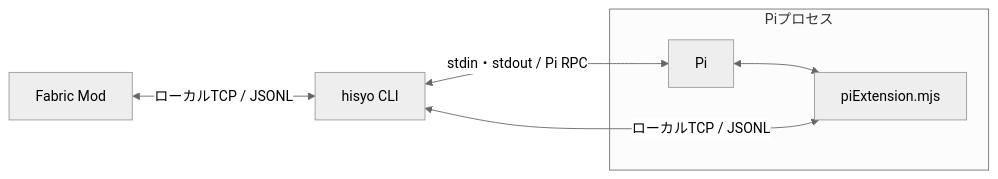
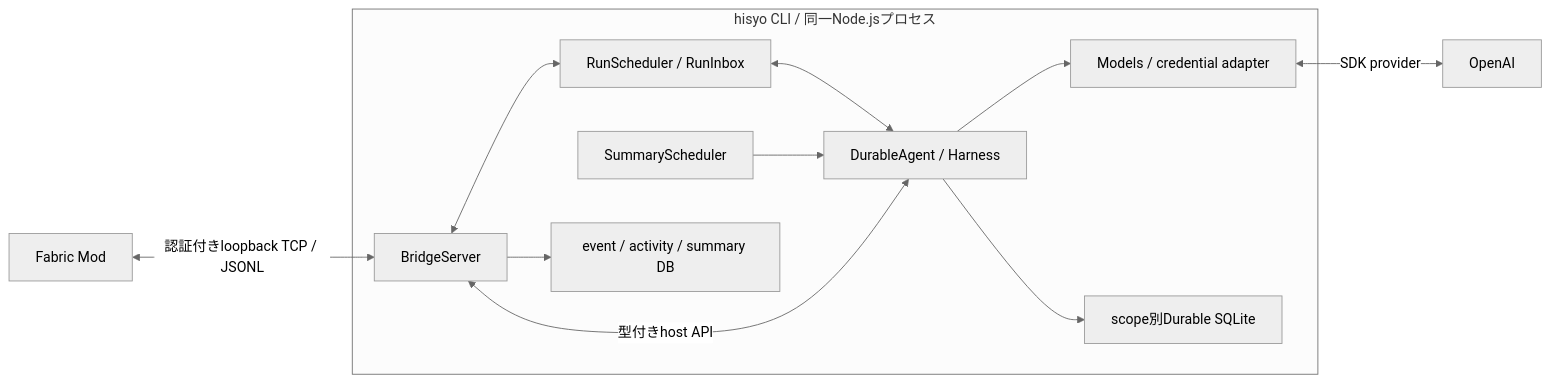
Before and after one commit to ph0ryn/mc-hisyo-mod: the diagram in docs/architecture.md, drawn with Mermaid (neutral theme). The commit also changed other lines of this file and 9 other files, not shown here.

First line of the commit message:
docs: describe Durable SDK execution and recovery boundaries

````diff
--- a/docs/architecture.md
+++ b/docs/architecture.md
@@ -7,9 +8,14 @@
 ```mermaid
 flowchart LR
-    M["Fabric Mod"] <-->|"ローカルTCP / JSONL"| C["hisyo CLI"]
-    C <-->|"stdin・stdout / Pi RPC"| P["Pi"]
-    subgraph PP["Piプロセス"]
-        P <--> E["piExtension.mjs"]
+    M["Fabric Mod"] <-->|"認証付きloopback TCP / JSONL"| B["BridgeServer"]
+    subgraph C["hisyo CLI / 同一Node.jsプロセス"]
+        B <--> R["RunScheduler / RunInbox"]
+        R <--> D["DurableAgent / Harness"]
+        D <-->|"型付きhost API"| B
+        S["SummaryScheduler"] --> D
+        D --> A["Models / credential adapter"]
+        B --> L["event / activity / summary DB"]
+        D --> Q["scope別Durable SQLite"]
     end
-    E <-->|"ローカルTCP / JSONL"| C
+    A <-->|"SDK provider"| P["OpenAI"]
 ```
````
